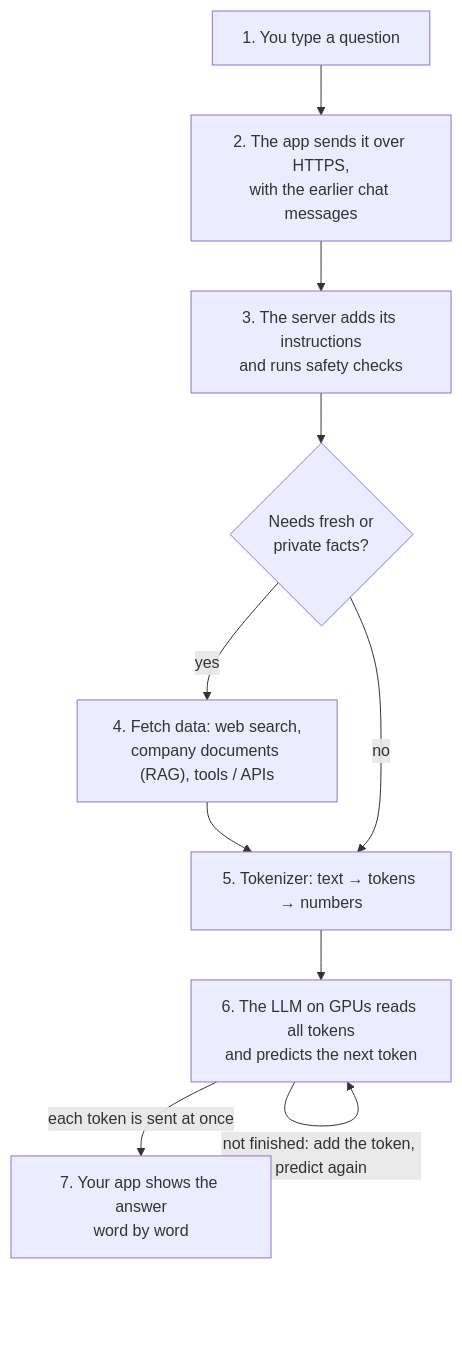
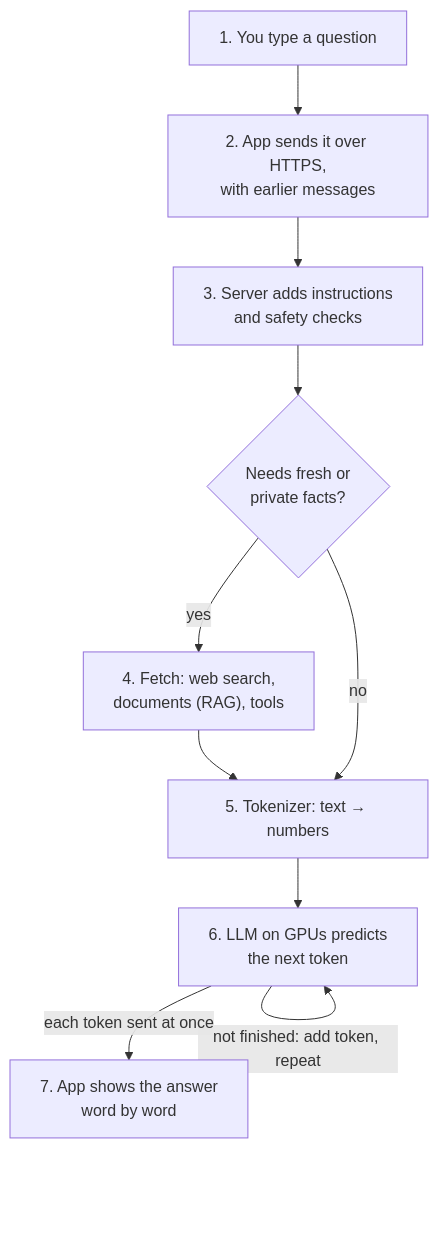
One commit to sathsure/Tech-Mastery-Hub changed the first of 3 diagrams in interview/under-the-hood/14-How-AI-Chatbots-Work.md. Above: the diagram before and after it, drawn with Mermaid. The commit also changed other lines of this file and 69 other files, not shown here.

````diff
--- a/interview/under-the-hood/14-How-AI-Chatbots-Work.md
+++ b/interview/under-the-hood/14-How-AI-Chatbots-Work.md
@@ -7,12 +27,12 @@
 ```mermaid
 flowchart TD
-  A["1. You type a question"] --> B["2. The app sends it over HTTPS,<br/>with the earlier chat messages"]
-  B --> C["3. The server adds its instructions<br/>and runs safety checks"]
+  A["1. You type a question"] --> B["2. App sends it over HTTPS,<br/>with earlier messages"]
+  B --> C["3. Server adds instructions<br/>and safety checks"]
   C --> D{"Needs fresh or<br/>private facts?"}
-  D -->|"yes"| E["4. Fetch data: web search,<br/>company documents (RAG), tools / APIs"]
+  D -->|"yes"| E["4. Fetch: web search,<br/>documents (RAG), tools"]
   E --> F
-  D -->|"no"| F["5. Tokenizer: text → tokens → numbers"]
-  F --> G["6. The LLM on GPUs reads all tokens<br/>and predicts the next token"]
-  G -->|"not finished: add the token, predict again"| G
-  G -->|"each token is sent at once"| H["7. Your app shows the answer<br/>word by word"]
+  D -->|"no"| F["5. Tokenizer: text → numbers"]
+  F --> G["6. LLM on GPUs predicts<br/>the next token"]
+  G -->|"not finished: add token, repeat"| G
+  G -->|"each token sent at once"| H["7. App shows the answer<br/>word by word"]
 ```
````
